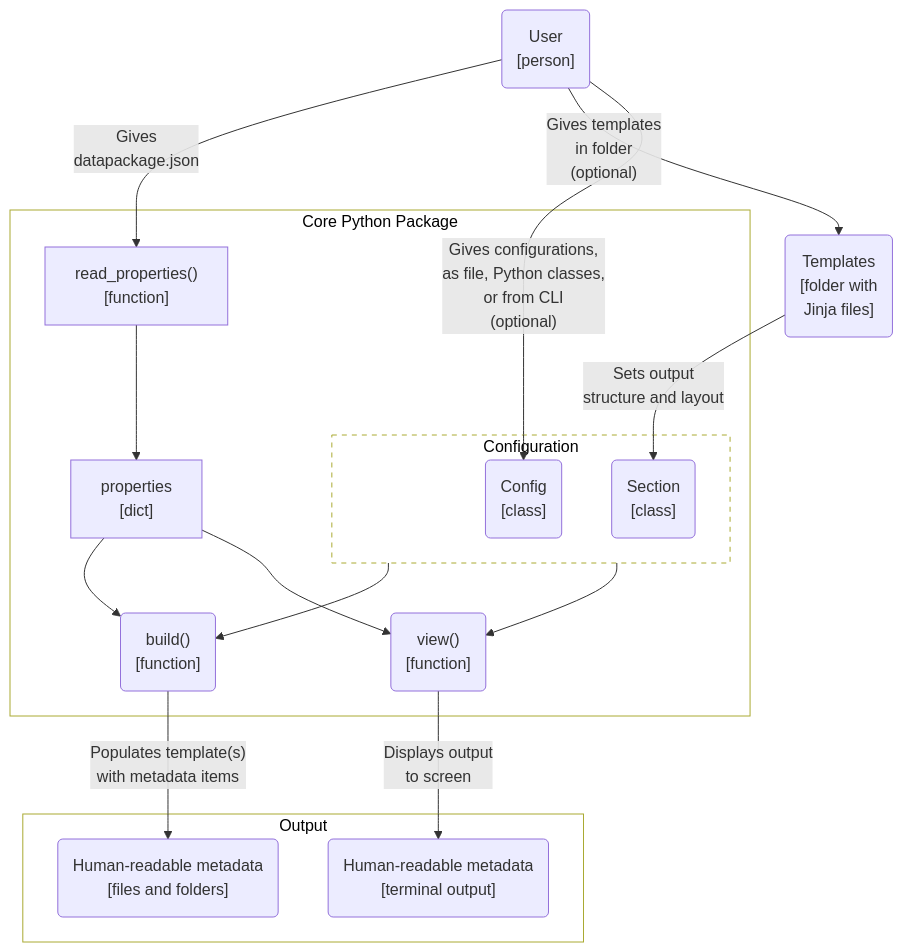
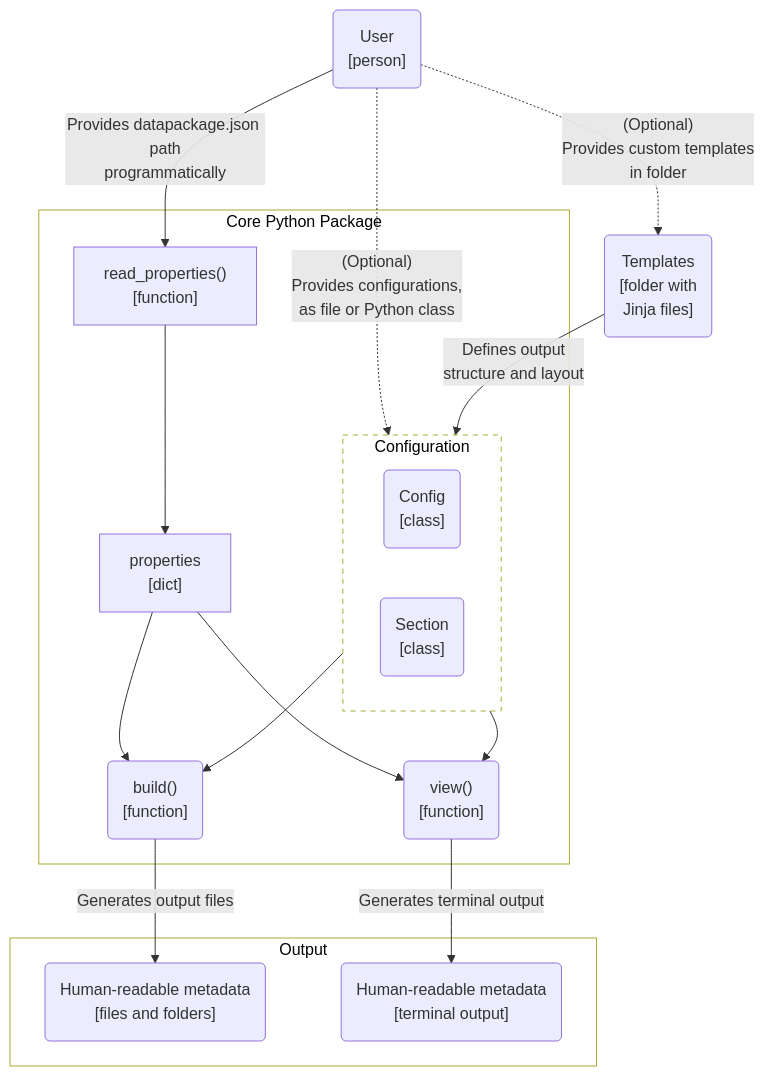
Before and after one commit to seedcase-project/seedcase-flower: the third of 3 diagrams in docs/design/architecture.qmd, drawn with Mermaid.

Commit message:
docs: :pencil2: edits to edges in component/code diagram

````diff
--- a/docs/design/architecture.qmd
+++ b/docs/design/architecture.qmd
@@ -217,41 +217,41 @@
 ```{mermaid}
 %%| label: fig-c4-component
 %%| fig-cap: "C4 component diagram showing the main functions and classes within the Python package and their connections."
 flowchart
 
     subgraph package["Core Python Package"]
 
         subgraph cfg["Configuration"]
             config("Config<br>[class]")
             section("Section<br>[class]")
         end
 
         read_properties["read_properties()<br>[function]"]
         properties["properties<br>[dict]"]
         build("build()<br>[function]")
         view("view()<br>[function]")
 
         read_properties --> properties
         properties --> build & view
         cfg --> build & view
     end
 
     user("User<br>[person]")
     templates("Templates<br>[folder with<br>Jinja files]")
     subgraph output["Output"]
         output_files("Human-readable metadata<br>[files and folders]")
         output_screen("Human-readable metadata<br>[terminal output]")
     end
 
-    user --"Gives<br>datapackage.json"--> read_properties
-    user --"Gives templates<br>in folder<br>(optional)"--> templates
-    user --"Gives configurations,<br>as file, Python classes,<br>or from CLI<br>(optional)"--> config
-    templates --"Sets output<br>structure and layout"--> section
-    build --"Populates template(s)<br>with metadata items"--> output_files
-    view --"Displays output<br>to screen"--> output_screen
+    user --"Provides datapackage.json path<br>programmatically"--> read_properties
+    user -."(Optional)<br>Provides configurations,<br>as file or Python class".-> cfg
+    user -."(Optional)<br>Provides custom templates<br>in folder".-> templates
+    templates --"Defines output<br>structure and layout"--> cfg
+    build --"Generates output files"--> output_files
+    view --"Generates terminal output"--> output_screen
 
     %% Styling
     style package fill:#FFFFFF, color:#000000
     style output fill:#FFFFFF, color:#000000
     style cfg fill:#FFFFFF, color:#000000, stroke-dasharray: 5 5
 ```
````
